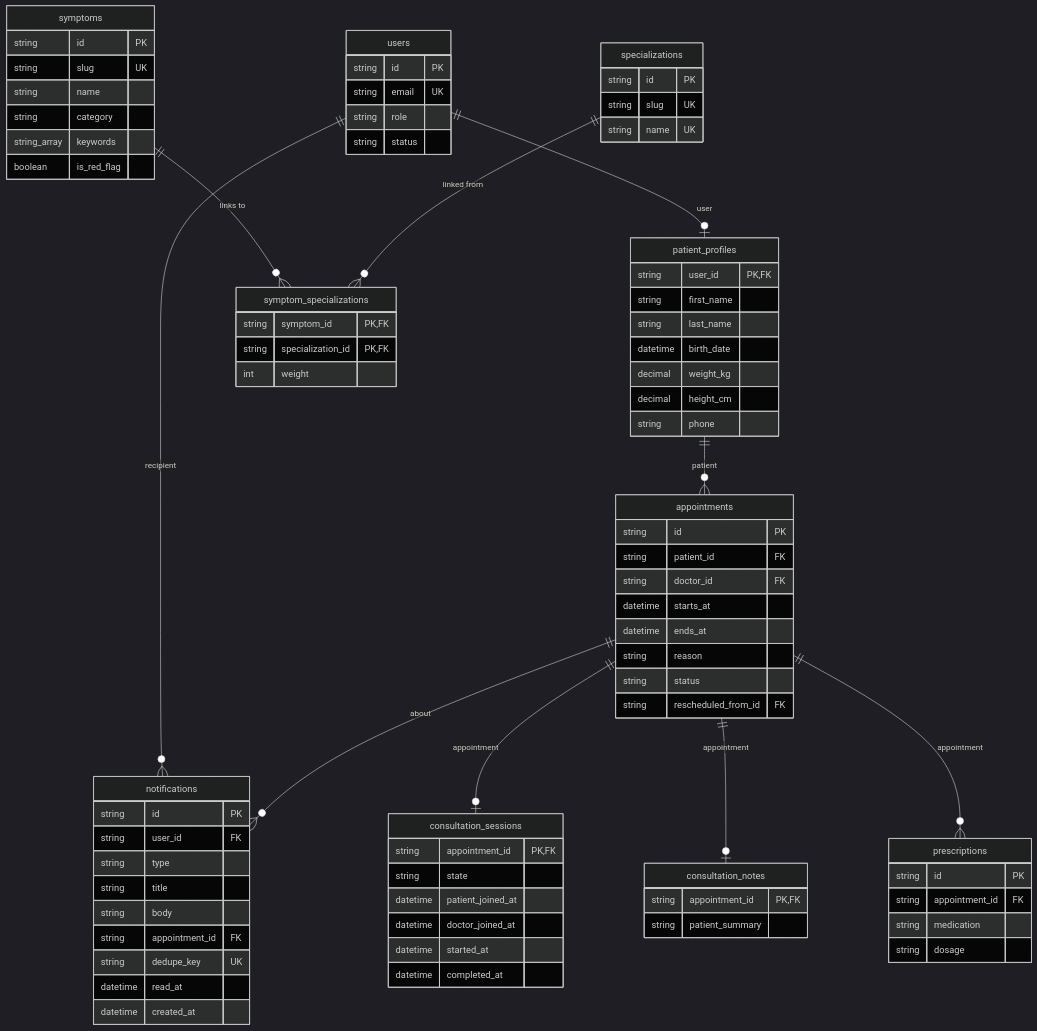
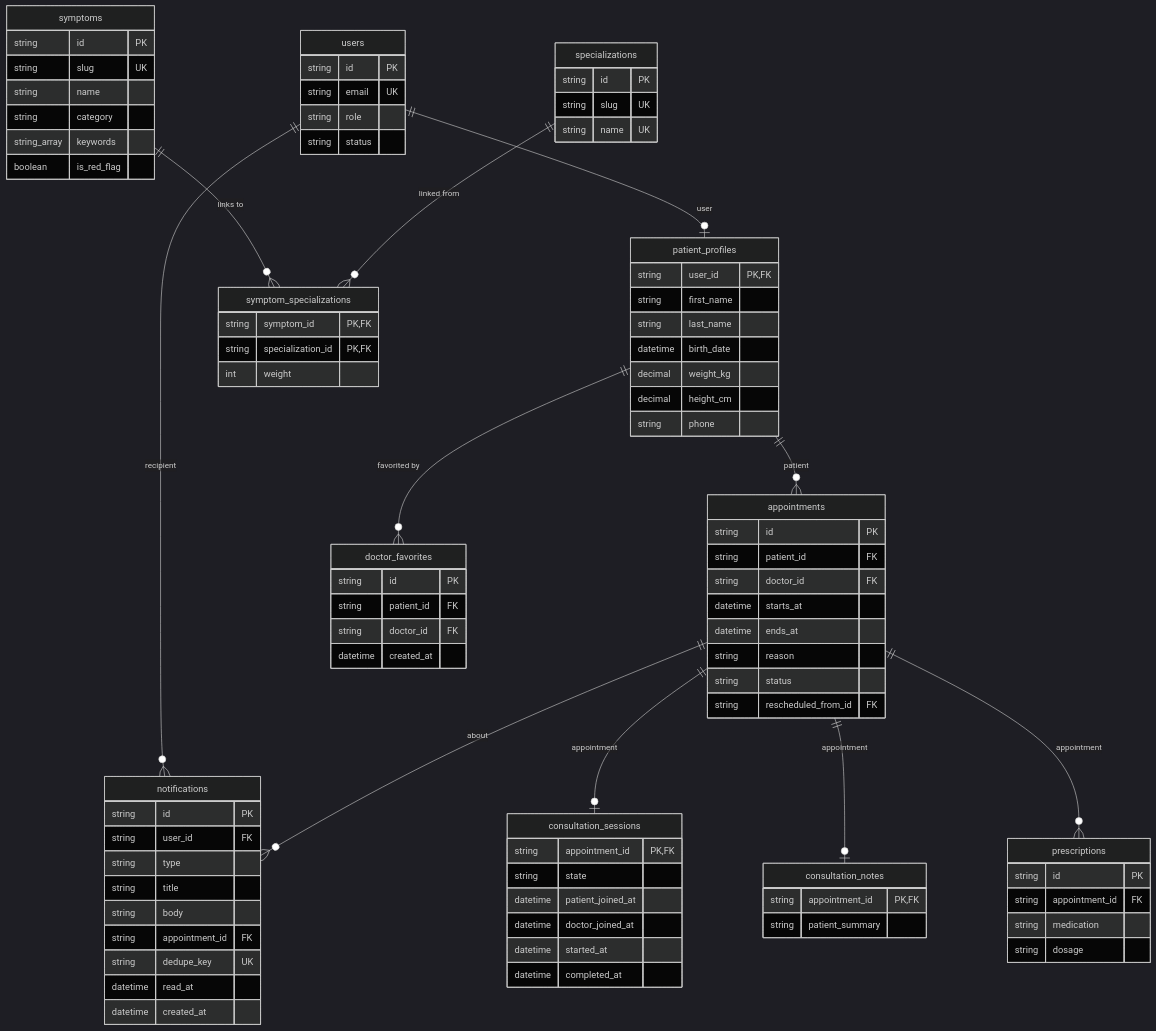
The third of 3 diagrams in docs/modules/patient.md (alhexjustine/telehealth), drawn with Mermaid (dark theme) before and after one commit. The commit also changed other lines of this file and 32 other files, not shown here.

First line of the commit message:
feat: add doctor favorites and Book again (add-doctor-favorites)

````diff
--- a/docs/modules/patient.md
+++ b/docs/modules/patient.md
@@ -280,6 +299,12 @@
     string medication
     string dosage
   }
+  doctor_favorites {
+    string id PK
+    string patient_id FK
+    string doctor_id FK
+    datetime created_at
+  }
   users ||--o| patient_profiles : "user"
   symptoms ||--o{ symptom_specializations : "links to"
   specializations ||--o{ symptom_specializations : "linked from"
@@ -289,4 +314,5 @@
   appointments ||--o| consultation_sessions : "appointment"
   appointments ||--o| consultation_notes : "appointment"
   appointments ||--o{ prescriptions : "appointment"
+  patient_profiles ||--o{ doctor_favorites : "favorited by"
 ```
````
